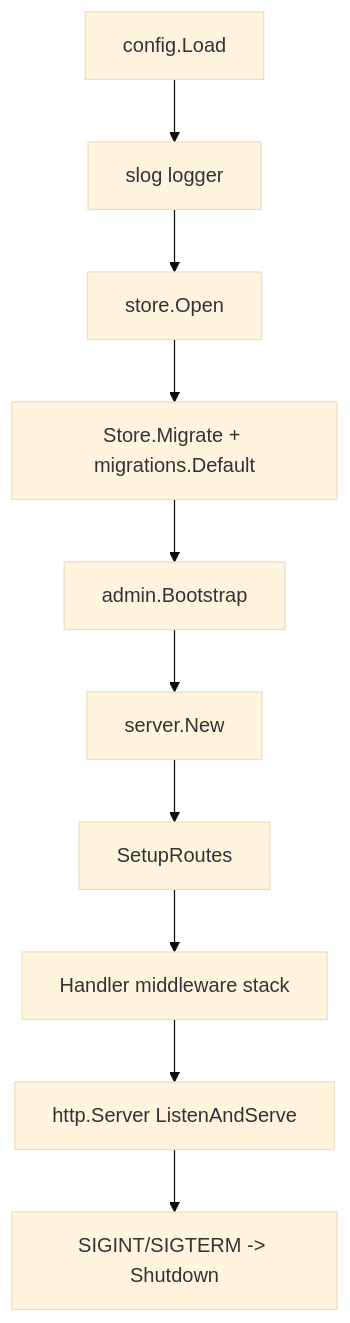
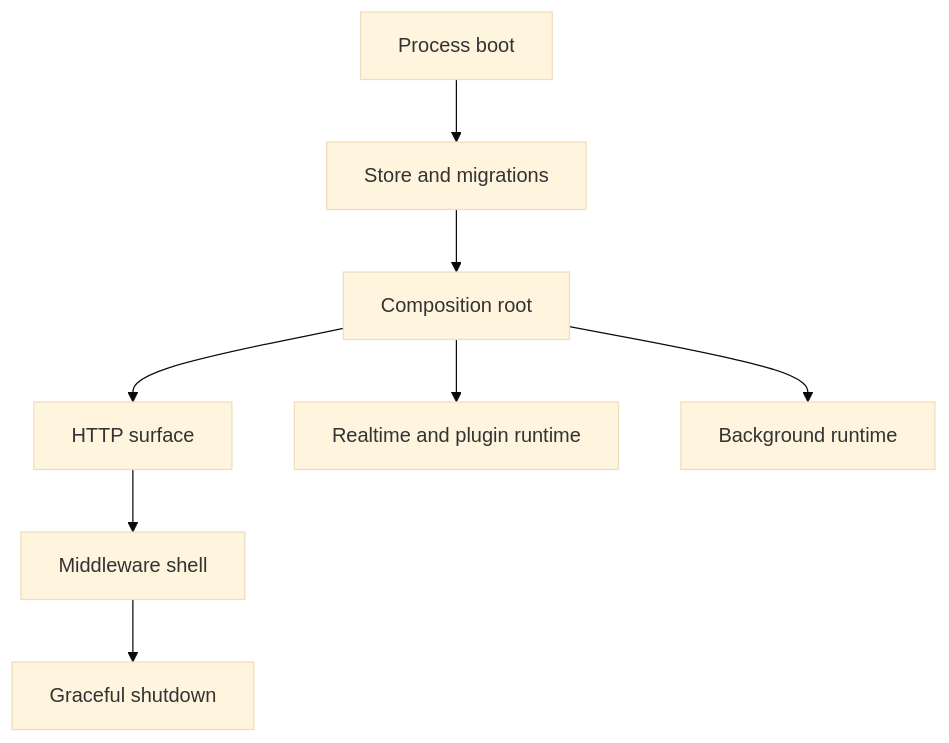
One commit to codetreker/borgee changed the diagram in docs/current/server/startup-routing.md. Above: the diagram before and after it, drawn with Mermaid (base theme). The commit also changed other lines of this file and 3 other files, not shown here.

Commit message:
docs: refine server architecture narrative

````diff
--- a/docs/current/server/startup-routing.md
+++ b/docs/current/server/startup-routing.md
@@ -5,15 +9,18 @@
 ```mermaid
 flowchart TD
-  cfg[config.Load]
-  log[slog logger]
-  open[store.Open]
-  migrate[Store.Migrate + migrations.Default]
-  admin[admin.Bootstrap]
-  new[server.New]
-  routes[SetupRoutes]
-  handler[Handler middleware stack]
-  http[http.Server ListenAndServe]
-  shutdown[SIGINT/SIGTERM -> Shutdown]
+  boot[Process boot]
+  db[Store and migrations]
+  root[Composition root]
+  routes[HTTP surface]
+  middleware[Middleware shell]
+  live[Realtime and plugin runtime]
+  jobs[Background runtime]
+  shutdown[Graceful shutdown]
 
-  cfg --> log --> open --> migrate --> admin --> new --> routes --> handler --> http --> shutdown
+  boot --> db --> root
+  root --> routes
+  root --> live
+  root --> jobs
+  routes --> middleware
+  middleware --> shutdown
 ```
````
